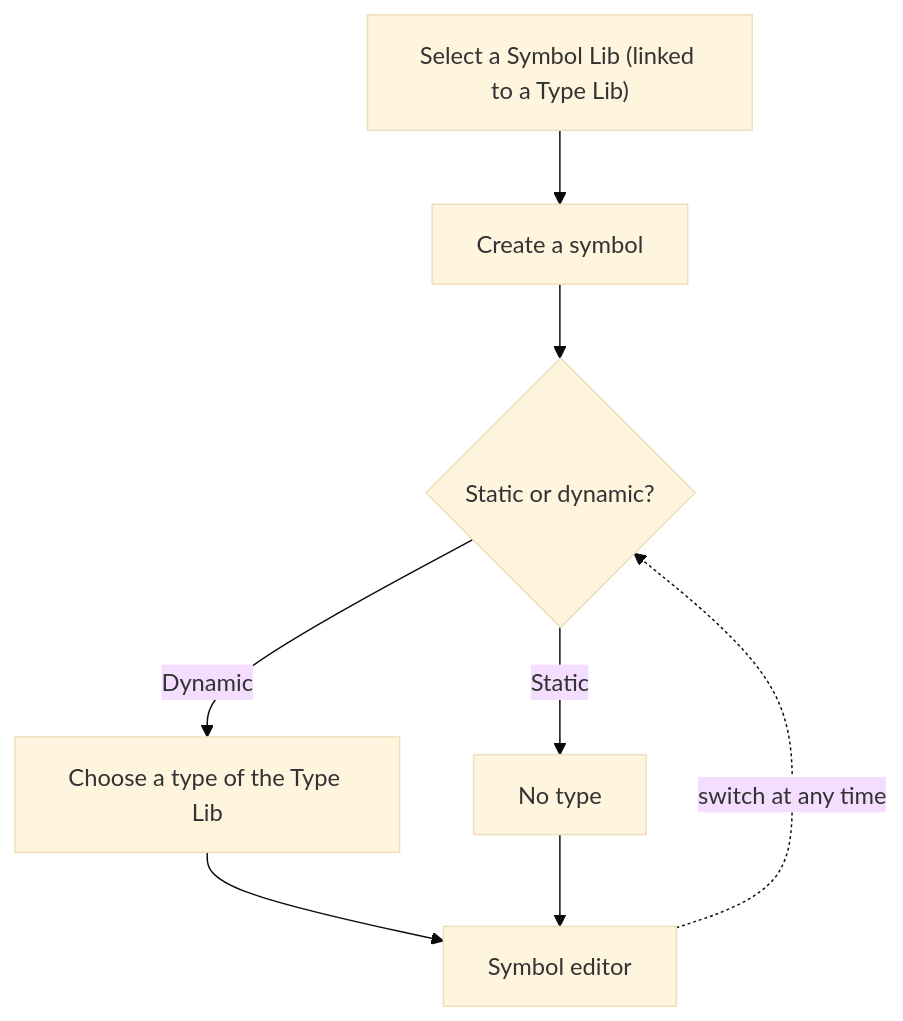
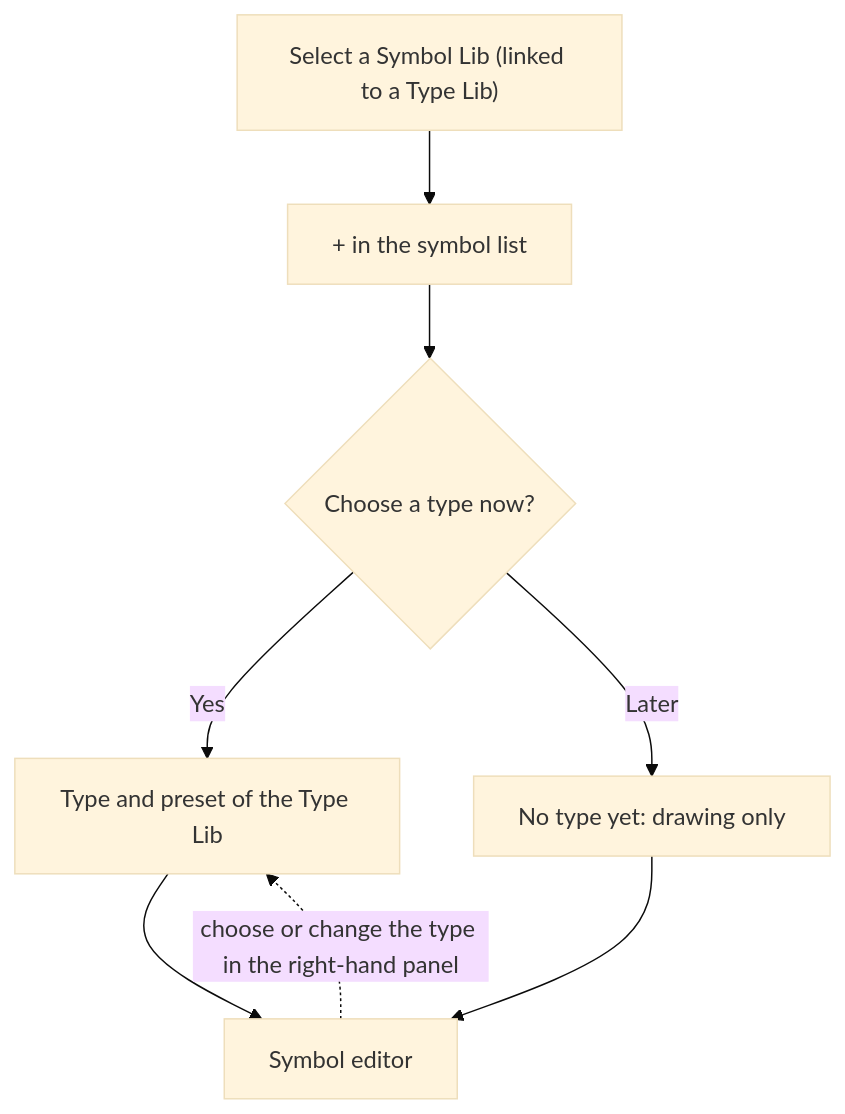
The second of 2 diagrams in symbols/01-libraries-and-symbols.md (AlexandreGallais/synoptic-studio-spec), drawn with Mermaid (base theme) before and after one commit. The commit also changed other lines of this file and 23 other files, not shown here.

````diff
--- a/symbols/01-libraries-and-symbols.md
+++ b/symbols/01-libraries-and-symbols.md
@@ -74,10 +94,10 @@
 ```mermaid
 flowchart TD
-    A["Select a Symbol Lib (linked to a Type Lib)"] --> B["Create a symbol"]
-    B --> C{"Static or dynamic?"}
-    C -- "Dynamic" --> D["Choose a type of the Type Lib"]
-    C -- "Static" --> E["No type"]
+    A["Select a Symbol Lib (linked to a Type Lib)"] --> B["+ in the symbol list"]
+    B --> C{"Choose a type now?"}
+    C -- "Yes" --> D["Type and preset of the Type Lib"]
+    C -- "Later" --> E["No type yet: drawing only"]
     D --> F["Symbol editor"]
     E --> F
-    F -.->|"switch at any time"| C
+    F -.->|"choose or change the type in the right-hand panel"| D
 ```
````
